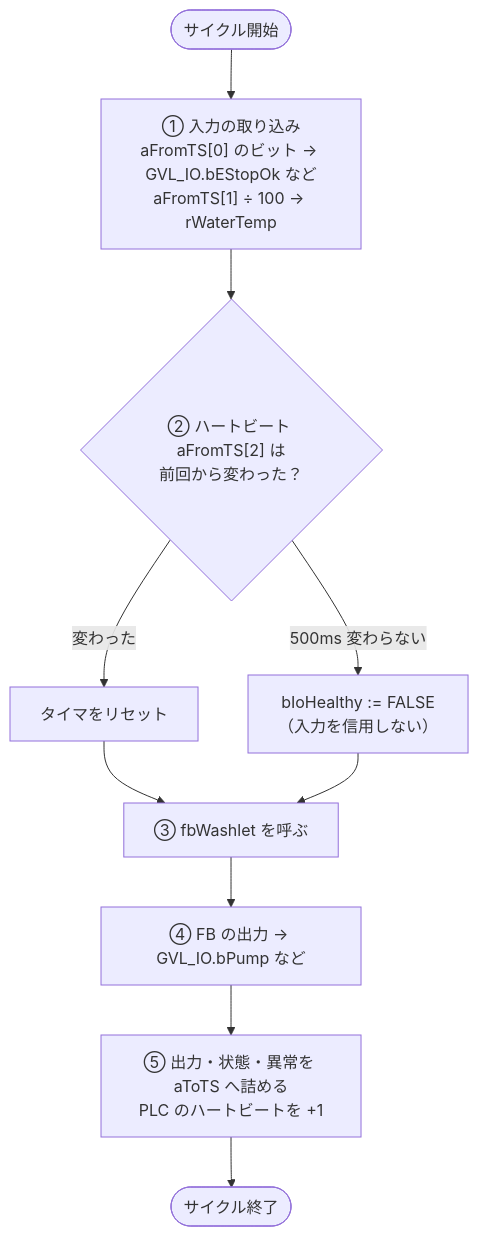
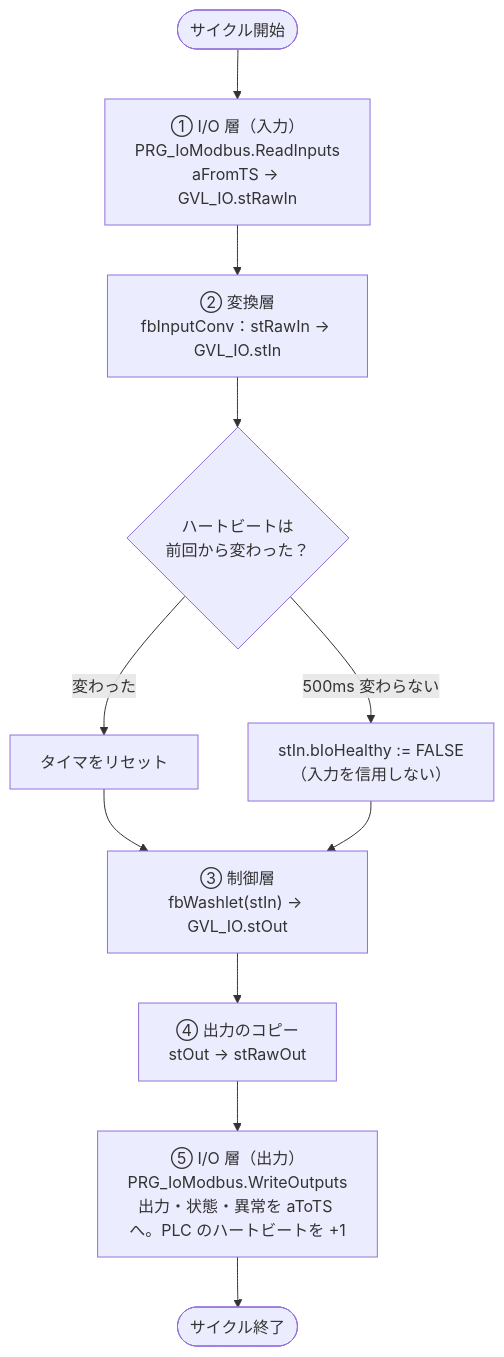
The third of 8 diagrams in docs/CODE_GUIDE.md (virtualShelf/codesys-washlet), drawn with Mermaid before and after one commit. The commit also changed other lines of this file and 9 other files, not shown here.

Commit message:
入力・出力を構造体にまとめ、I/O 層・変換層・制御層に分ける（実機の IO ユニットに替えるとき、I/O 層の PRG_IoModbus だけを替えれば済むように。FB_Washlet のロジックとレジスタマップは変えていない）

````diff
--- a/docs/CODE_GUIDE.md
+++ b/docs/CODE_GUIDE.md
@@ -45,12 +79,13 @@
 ```mermaid
 flowchart TD
-    A([サイクル開始]) --> B["① 入力の取り込み<br/>aFromTS[0] のビット → GVL_IO.bEStopOk など<br/>aFromTS[1] ÷ 100 → rWaterTemp"]
-    B --> C{"② ハートビート aFromTS[2] は<br/>前回から変わった？"}
-    C -- 変わった --> D["タイマをリセット"]
-    C -- "500ms 変わらない" --> E["bIoHealthy := FALSE<br/>（入力を信用しない）"]
+    A([サイクル開始]) --> B["① I/O 層（入力）<br/>PRG_IoModbus.ReadInputs<br/>aFromTS → GVL_IO.stRawIn"]
+    B --> C["② 変換層<br/>fbInputConv：stRawIn → GVL_IO.stIn"]
+    C --> C1{"ハートビートは<br/>前回から変わった？"}
+    C1 -- 変わった --> D["タイマをリセット"]
+    C1 -- "500ms 変わらない" --> E["stIn.bIoHealthy := FALSE<br/>（入力を信用しない）"]
     D --> F
     E --> F
-    F["③ fbWashlet を呼ぶ"] --> G["④ FB の出力 → GVL_IO.bPump など"]
-    G --> H["⑤ 出力・状態・異常を aToTS へ詰める<br/>PLC のハートビートを +1"]
+    F["③ 制御層<br/>fbWashlet(stIn) → GVL_IO.stOut"] --> G["④ 出力のコピー<br/>stOut → stRawOut"]
+    G --> H["⑤ I/O 層（出力）<br/>PRG_IoModbus.WriteOutputs<br/>出力・状態・異常を aToTS へ。PLC のハートビートを +1"]
     H --> Z([サイクル終了])
 ```
````
